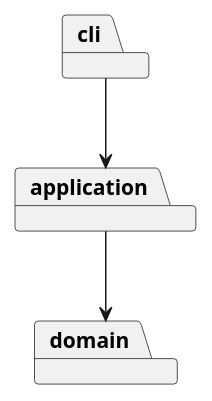
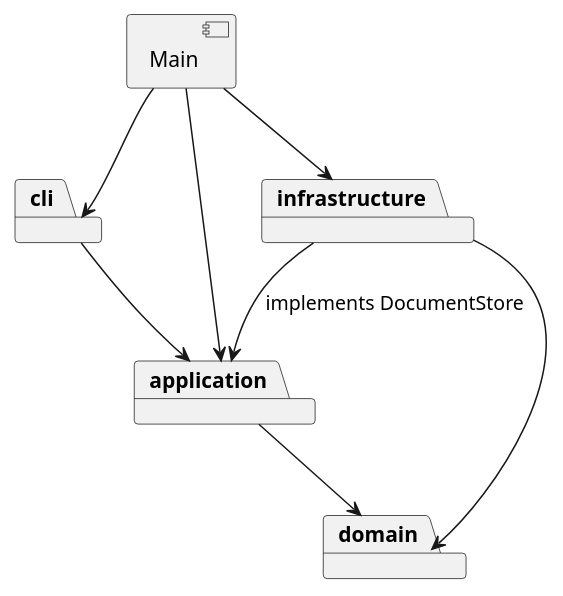
One commit to nianyucatfish/svg-editor-lab1 changed the diagram in doc/README.md. Above: the diagram before and after it, drawn with PlantUML. The commit also changed other lines of this file and 1 other file, not shown here.

Commit message:
docs: document SVG import scope and file behavior

````diff
--- a/doc/README.md
+++ b/doc/README.md
@@ -13,9 +15,16 @@
 ```plantuml
 @startuml
 package cli
 package application
 package domain
+package infrastructure
+component Main
+Main --> cli
+Main --> application
+Main --> infrastructure
 cli --> application
 application --> domain
+infrastructure --> application : implements DocumentStore
+infrastructure --> domain
 @enduml
 ```
````
